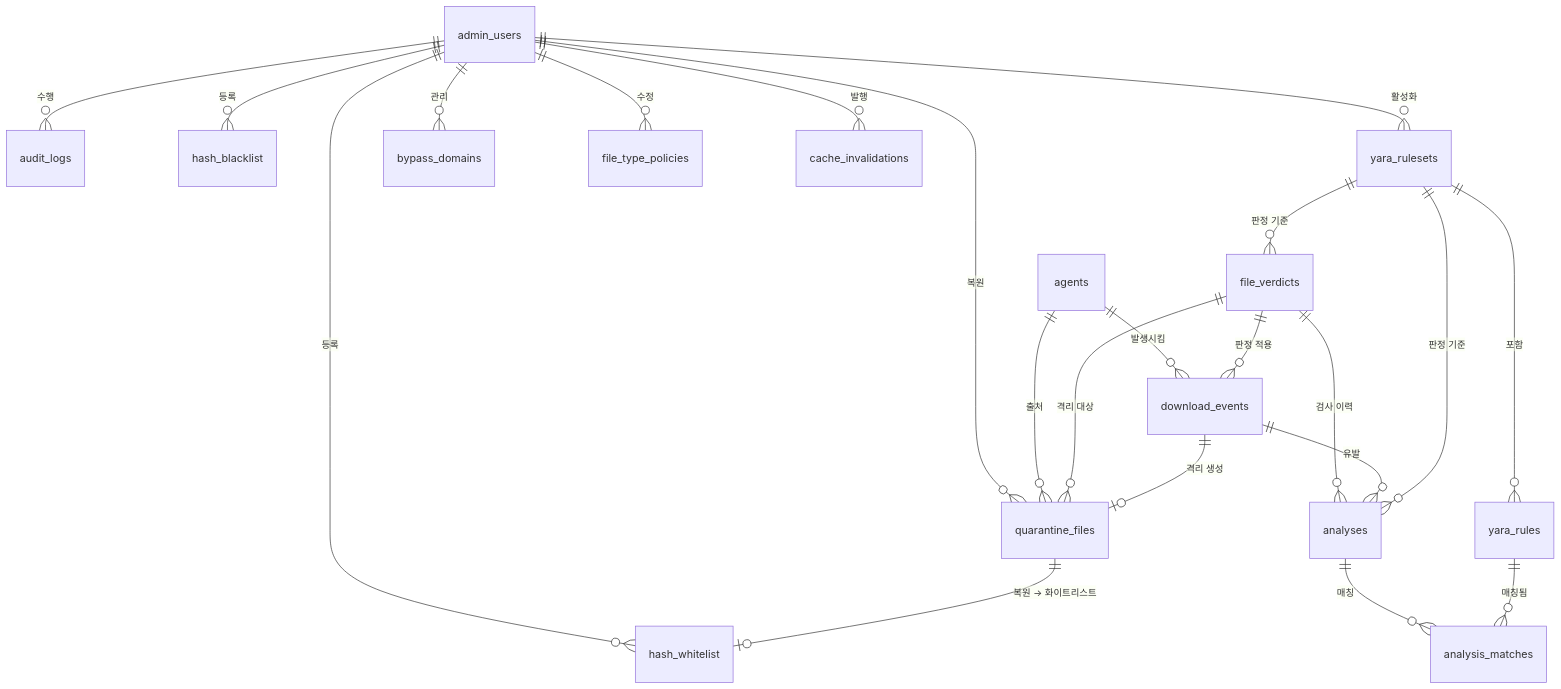
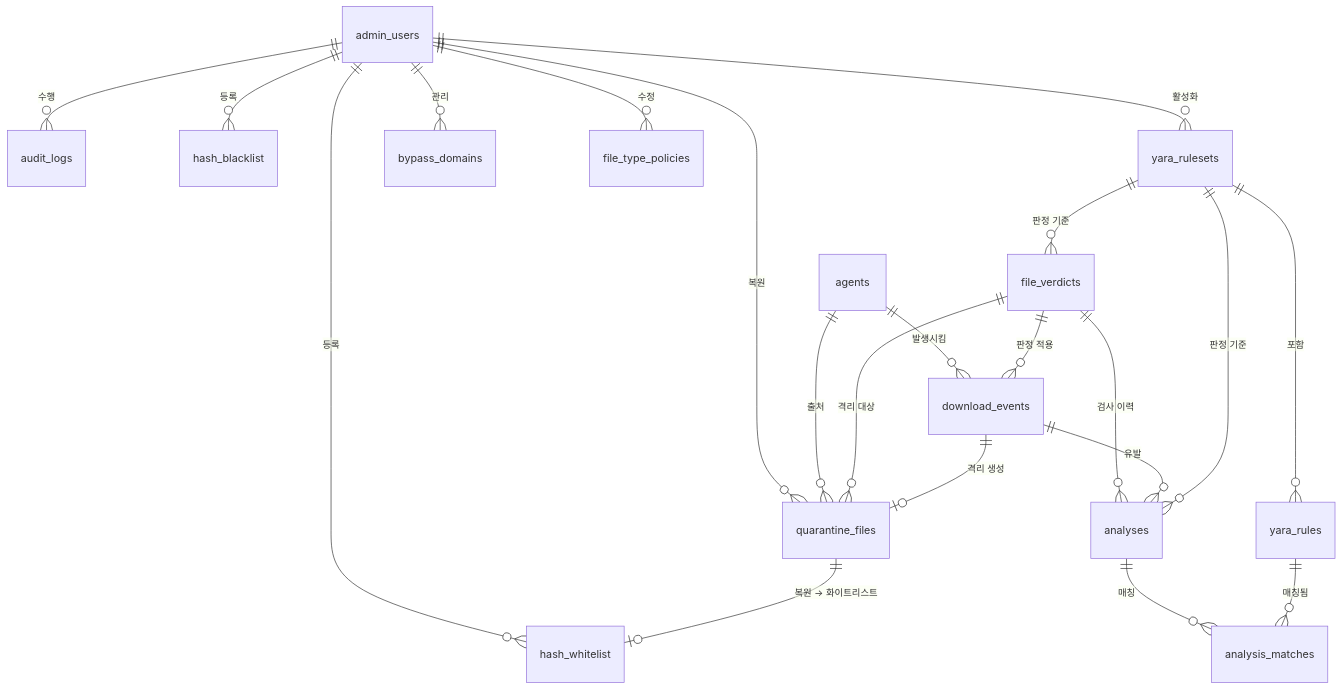
The diagram in docs/superpowers/specs/2026-09-17-erd-review-and-revision.md (2026-Teecher-Team-C/project), drawn with Mermaid before and after one commit. The commit also changed other lines of this file and 5 other files, not shown here.

First line of the commit message:
Drop cache_invalidations and sync schema to the ERD tool

````diff
--- a/docs/superpowers/specs/2026-09-17-erd-review-and-revision.md
+++ b/docs/superpowers/specs/2026-09-17-erd-review-and-revision.md
@@ -85,30 +85,29 @@
 ```mermaid
 erDiagram
     admin_users     ||--o{ audit_logs          : "수행"
     admin_users     ||--o{ quarantine_files    : "복원"
     admin_users     ||--o{ hash_whitelist      : "등록"
     admin_users     ||--o{ hash_blacklist      : "등록"
     admin_users     ||--o{ yara_rulesets       : "활성화"
     admin_users     ||--o{ bypass_domains      : "관리"
     admin_users     ||--o{ file_type_policies  : "수정"
-    admin_users     ||--o{ cache_invalidations : "발행"
 
     agents          ||--o{ download_events     : "발생시킴"
     agents          ||--o{ quarantine_files    : "출처"
 
     file_verdicts   ||--o{ download_events     : "판정 적용"
     file_verdicts   ||--o{ analyses            : "검사 이력"
     file_verdicts   ||--o{ quarantine_files    : "격리 대상"
 
     download_events ||--o{ analyses            : "유발"
     download_events ||--o| quarantine_files    : "격리 생성"
 
     yara_rulesets   ||--o{ yara_rules          : "포함"
     yara_rulesets   ||--o{ analyses            : "판정 기준"
     yara_rulesets   ||--o{ file_verdicts       : "판정 기준"
 
     analyses        ||--o{ analysis_matches    : "매칭"
     yara_rules      ||--o{ analysis_matches    : "매칭됨"
 
     quarantine_files ||--o| hash_whitelist     : "복원 → 화이트리스트"
 ```
````
